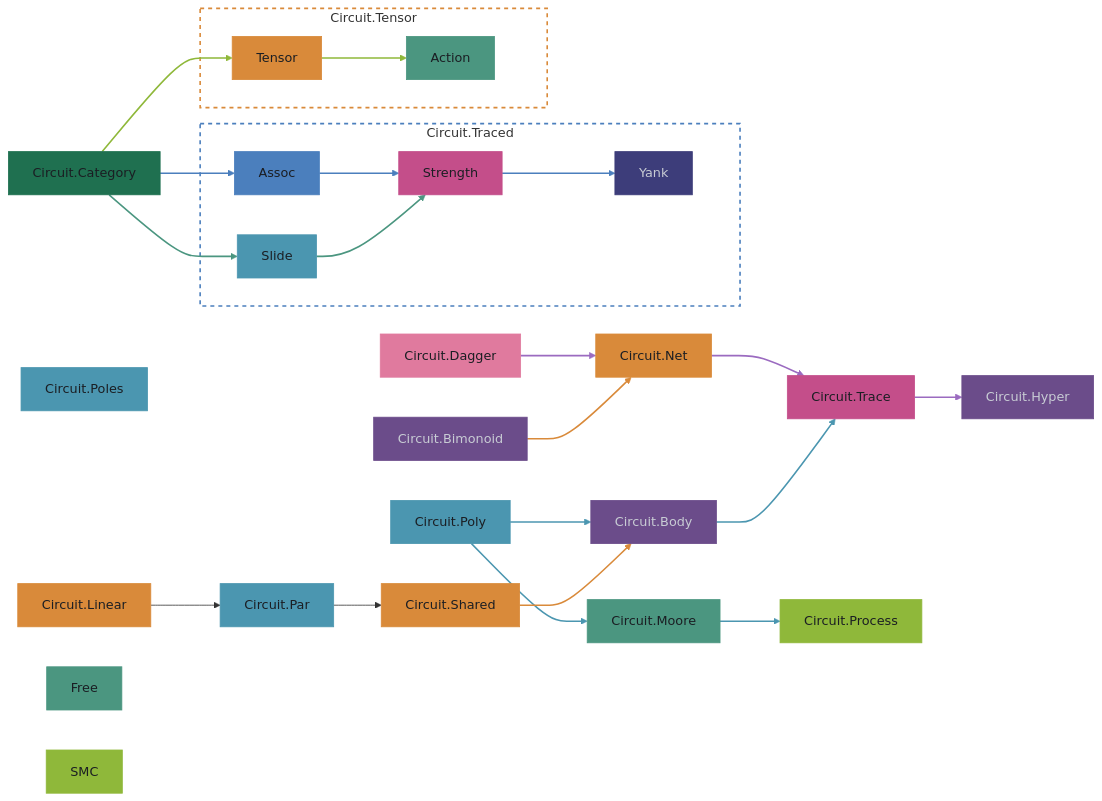
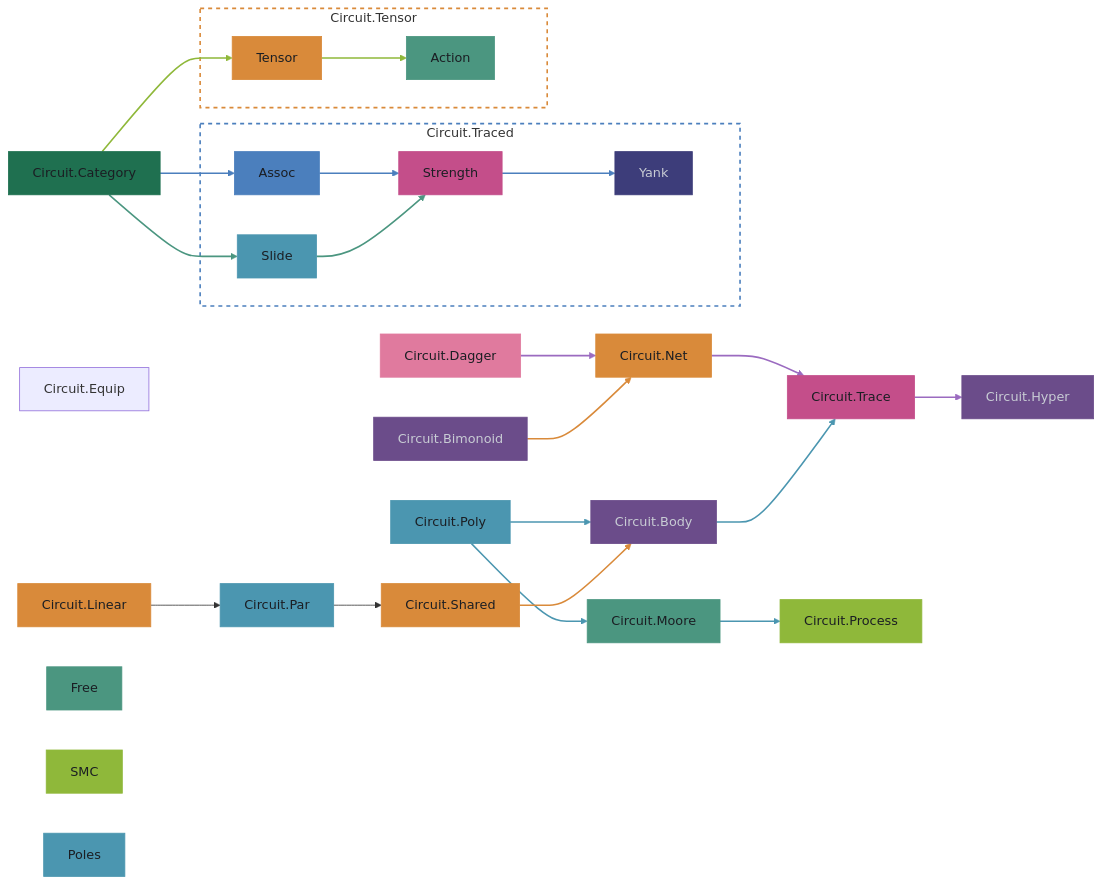
The second of 2 diagrams in readme.md (tonyday567/circuits), drawn with Mermaid before and after one commit. The commit also changed 1 other file, not shown here.

Commit message:
circuits: sync SKILL.md module map and readme diagram with Circuit.Equip

````diff
--- a/readme.md
+++ b/readme.md
@@ -63,77 +63,77 @@
 ```mermaid
 graph LR
   Category["Circuit.Category"]
 
   subgraph Channel ["Circuit.Traced"]
     Assoc["Assoc"]
     Slide["Slide"]
     Strength["Strength"]
     Yank["Yank"]
   end
 
   subgraph Tensor ["Circuit.Tensor"]
     TensorClass["Tensor"]
     Action["Action"]
   end
 
   Net["Circuit.Net"]
   Trace["Circuit.Trace"]
   Hyper["Circuit.Hyper"]
   Dagger["Circuit.Dagger"]
-  Poles["Circuit.Poles"]
+  Equip["Circuit.Equip"]
   Body["Circuit.Body"]
   Poly["Circuit.Poly"]
   Moore["Circuit.Moore"]
   Process["Circuit.Process"]
   Shared["Circuit.Shared"]
   Bimonoid["Circuit.Bimonoid"]
   Par["Circuit.Par"]
   Linear["Circuit.Linear"]
 
   Category --> Assoc --> Strength --> Yank
   Category --> Slide --> Strength
   Category --> TensorClass --> Action
   Net --> Trace
   Trace --> Hyper
   Dagger --> Net
   Body --> Trace
   Poly --> Body
   Poly --> Moore
   Moore --> Process
   Shared --> Body
   Bimonoid --> Net
   Par --> Shared
   Linear --> Par
 
   linkStyle 0,1,2 stroke:#4B7FBD,stroke-width:2px
   linkStyle 3,4 stroke:#4B9680,stroke-width:2px
   linkStyle 5,6 stroke:#8FB83A,stroke-width:2px
   linkStyle 7,8,9 stroke:#9B6BC0,stroke-width:2px
   linkStyle 10,11,12,13 stroke:#4B96B0,stroke-width:2px
   linkStyle 14,15 stroke:#D98A3A,stroke-width:2px
 
   style Channel fill:transparent,stroke:#4B7FBD,stroke-width:2px,stroke-dasharray: 5 5
   style Tensor fill:transparent,stroke:#D98A3A,stroke-width:2px,stroke-dasharray: 5 5
   style Category fill:#1F7050,stroke:#1F7050,color:#1b1e23
   style Assoc fill:#4B7FBD,stroke:#4B7FBD,color:#1b1e23
   style Slide fill:#4B96B0,stroke:#4B96B0,color:#1b1e23
   style Strength fill:#C44E8A,stroke:#C44E8A,color:#1b1e23
   style Yank fill:#3D3D7A,stroke:#3D3D7A,color:#c8ccd4
   style TensorClass fill:#D98A3A,stroke:#D98A3A,color:#1b1e23
   style Action fill:#4B9680,stroke:#4B9680,color:#1b1e23
   style Free fill:#4B9680,stroke:#4B9680,color:#1b1e23
   style SMC fill:#8FB83A,stroke:#8FB83A,color:#1b1e23
   style Net fill:#D98A3A,stroke:#D98A3A,color:#1b1e23
   style Trace fill:#C44E8A,stroke:#C44E8A,color:#1b1e23
   style Hyper fill:#6B4C8A,stroke:#6B4C8A,color:#c8ccd4
   style Dagger fill:#E07A9E,stroke:#E07A9E,color:#1b1e23
   style Poles fill:#4B96B0,stroke:#4B96B0,color:#1b1e23
   style Body fill:#6B4C8A,stroke:#6B4C8A,color:#c8ccd4
   style Poly fill:#4B96B0,stroke:#4B96B0,color:#1b1e23
   style Moore fill:#4B9680,stroke:#4B9680,color:#1b1e23
   style Process fill:#8FB83A,stroke:#8FB83A,color:#1b1e23
   style Shared fill:#D98A3A,stroke:#D98A3A,color:#1b1e23
   style Bimonoid fill:#6B4C8A,stroke:#6B4C8A,color:#c8ccd4
   style Par fill:#4B96B0,stroke:#4B96B0,color:#1b1e23
   style Linear fill:#D98A3A,stroke:#D98A3A,color:#1b1e23
 ```
````
